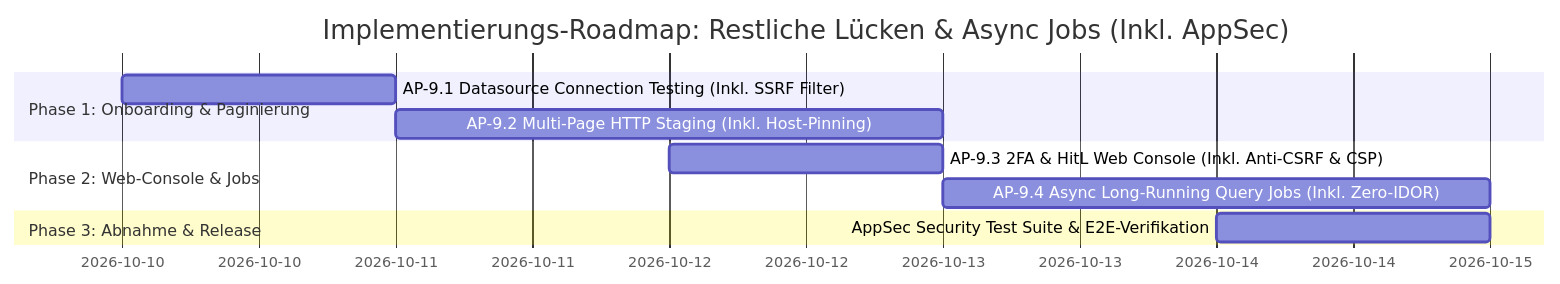
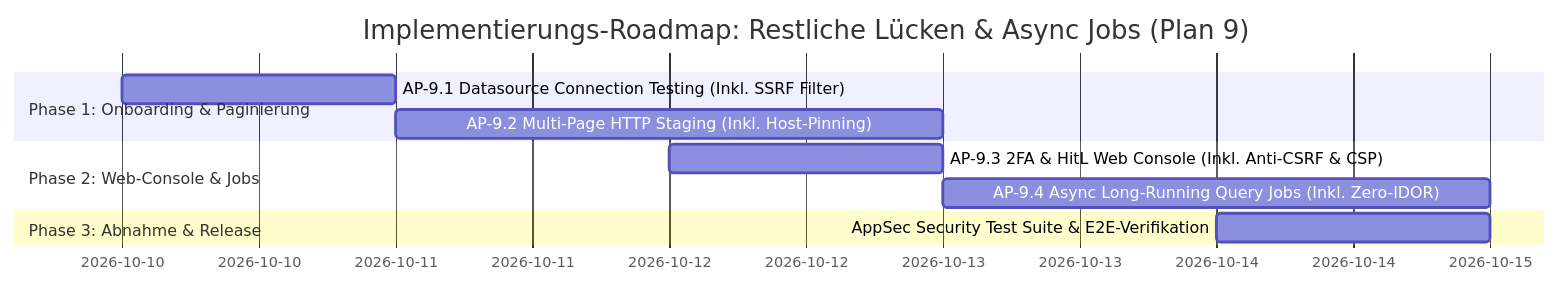
One commit to themulle/autheris changed the seventh of 7 diagrams in docs/plans/2026-10-09-implementierungsplan-restliche-luecken-onboarding-pagination-ui-jobs.md. Above: the diagram before and after it, drawn with Mermaid. The commit also changed other lines of this file, not shown here.

Commit message:
docs(architecture): deep technical detail and specifications for Plan 9

````diff
--- a/docs/plans/2026-10-09-implementierungsplan-restliche-luecken-onboarding-pagination-ui-jobs.md
+++ b/docs/plans/2026-10-09-implementierungsplan-restliche-luecken-onboarding-pagination-ui-jobs.md
@@ -327,13 +961,13 @@
 ```mermaid
 gantt
-    title Implementierungs-Roadmap: Restliche Lücken & Async Jobs (Inkl. AppSec)
+    title Implementierungs-Roadmap: Restliche Lücken & Async Jobs (Plan 9)
     dateFormat  YYYY-MM-DD
     section Phase 1: Onboarding & Paginierung
     AP-9.1 Datasource Connection Testing (Inkl. SSRF Filter) :2026-10-10, 1d
     AP-9.2 Multi-Page HTTP Staging (Inkl. Host-Pinning)      :2026-10-11, 1.5d
     section Phase 2: Web-Console & Jobs
     AP-9.3 2FA & HitL Web Console (Inkl. Anti-CSRF & CSP)    :2026-10-12, 1d
     AP-9.4 Async Long-Running Query Jobs (Inkl. Zero-IDOR)   :2026-10-13, 1.5d
     section Phase 3: Abnahme & Release
     AppSec Security Test Suite & E2E-Verifikation            :2026-10-14, 1d
 ```
````
